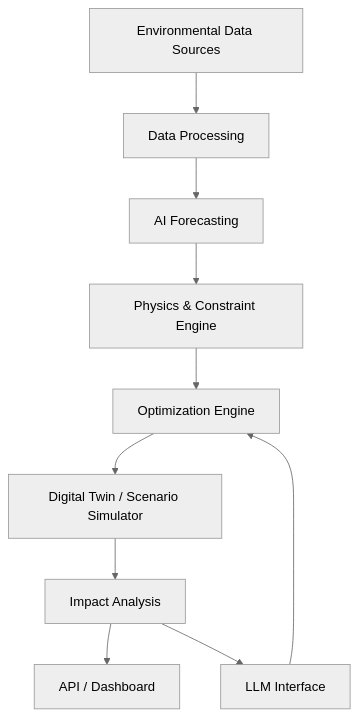
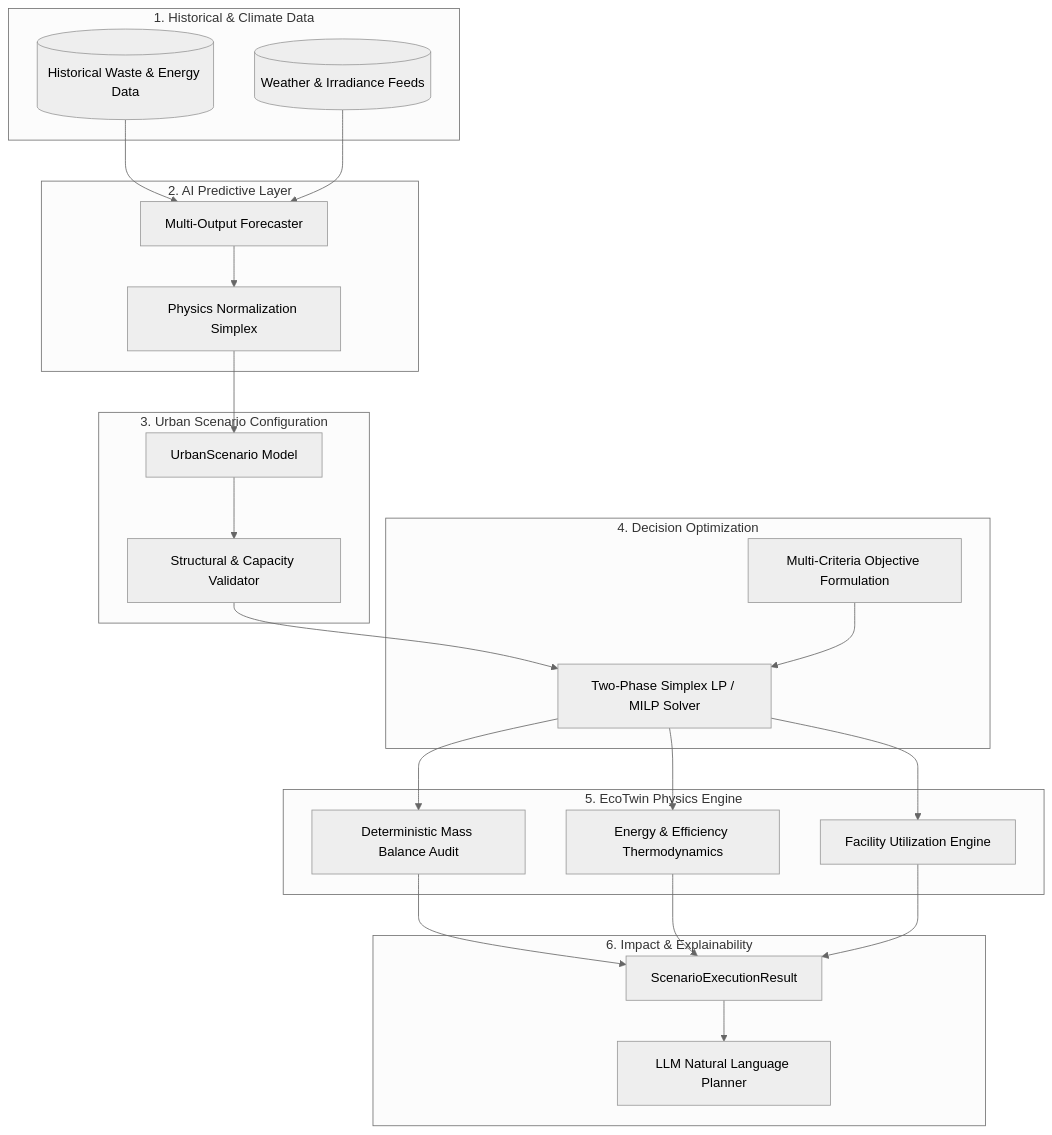
Before and after one commit to ANUJ760/EnvironmentHacks: the diagram in README.md, drawn with Mermaid (neutral theme). The commit also changed other lines of this file, not shown here.

````diff
--- a/README.md
+++ b/README.md
@@ -565,12 +190,42 @@
 ```mermaid
 flowchart TD
-    A[Environmental Data Sources] --> B[Data Processing]
-    B --> C[AI Forecasting]
-    C --> D[Physics & Constraint Engine]
-    D --> E[Optimization Engine]
-    E --> F[Digital Twin / Scenario Simulator]
-    F --> G[Impact Analysis]
-    G --> H[API / Dashboard]
-    I[LLM Interface] --> E
-    G --> I
+    subgraph Data_Layer [1. Historical & Climate Data]
+        D1[(Historical Waste & Energy Data)]
+        D2[(Weather & Irradiance Feeds)]
+    end
+
+    subgraph AI_Layer [2. AI Predictive Layer]
+        A1[Multi-Output Forecaster]
+        A2[Physics Normalization Simplex]
+        D1 & D2 --> A1
+        A1 --> A2
+    end
+
+    subgraph Scenario_Layer [3. Urban Scenario Configuration]
+        S1[UrbanScenario Model]
+        S2[Structural & Capacity Validator]
+        A2 --> S1
+        S1 --> S2
+    end
+
+    subgraph Optimization_Layer [4. Decision Optimization]
+        O1[Two-Phase Simplex LP / MILP Solver]
+        O2[Multi-Criteria Objective Formulation]
+        S2 --> O1
+        O2 --> O1
+    end
+
+    subgraph Physics_Engine [5. EcoTwin Physics Engine]
+        P1[Deterministic Mass Balance Audit]
+        P2[Energy & Efficiency Thermodynamics]
+        P3[Facility Utilization Engine]
+        O1 --> P1 & P2 & P3
+    end
+
+    subgraph Output_Layer [6. Impact & Explainability]
+        R1[ScenarioExecutionResult]
+        R2[LLM Natural Language Planner]
+        P1 & P2 & P3 --> R1
+        R1 --> R2
+    end
 ```
````
